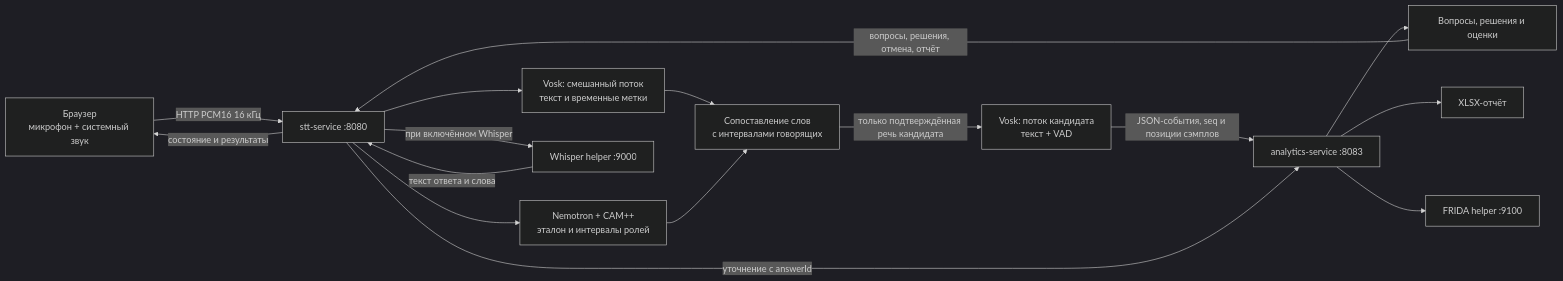
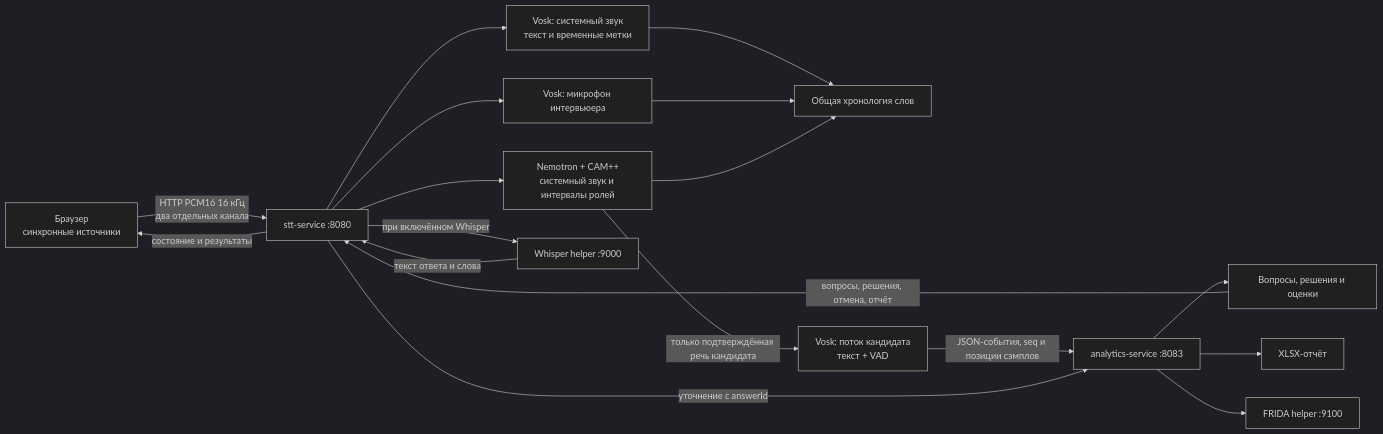
Before and after one commit to ArtemSorin/stt-platform: the diagram in docs/architecture.md, drawn with Mermaid (dark theme). The commit also changed other lines of this file and 18 other files, not shown here.

````diff
--- a/docs/architecture.md
+++ b/docs/architecture.md
@@ -25,18 +25,20 @@
 ```mermaid
 flowchart LR
-    B[Браузер<br/>микрофон + системный звук] -->|HTTP PCM16 16 кГц| S[stt-service :8080]
-    S --> V1[Vosk: смешанный поток<br/>текст и временные метки]
-    S --> N[Nemotron + CAM++<br/>эталон и интервалы ролей]
-    V1 --> M[Сопоставление слов<br/>с интервалами говорящих]
+    B[Браузер<br/>синхронные источники] -->|HTTP PCM16 16 кГц<br/>два отдельных канала| S[stt-service :8080]
+    S --> V1[Vosk: системный звук<br/>текст и временные метки]
+    S --> VM[Vosk: микрофон интервьюера]
+    S --> N[Nemotron + CAM++<br/>системный звук и интервалы ролей]
+    V1 --> M[Общая хронология слов]
+    VM --> M
     N --> M
-    M -->|только подтверждённая речь кандидата| V2[Vosk: поток кандидата<br/>текст + VAD]
+    N -->|только подтверждённая речь кандидата| V2[Vosk: поток кандидата<br/>текст + VAD]
     V2 -->|JSON-события, seq и позиции сэмплов| A[analytics-service :8083]
     A --> Q[Вопросы, решения и оценки]
     Q -->|вопросы, решения, отмена, отчёт| S
     S -->|при включённом Whisper| W[Whisper helper :9000]
     W -->|текст ответа и слова| S
     S -->|уточнение с answerId| A
     A --> X[XLSX-отчёт]
     S -->|состояние и результаты| B
     A --> F[FRIDA helper :9100]
 ```
````
